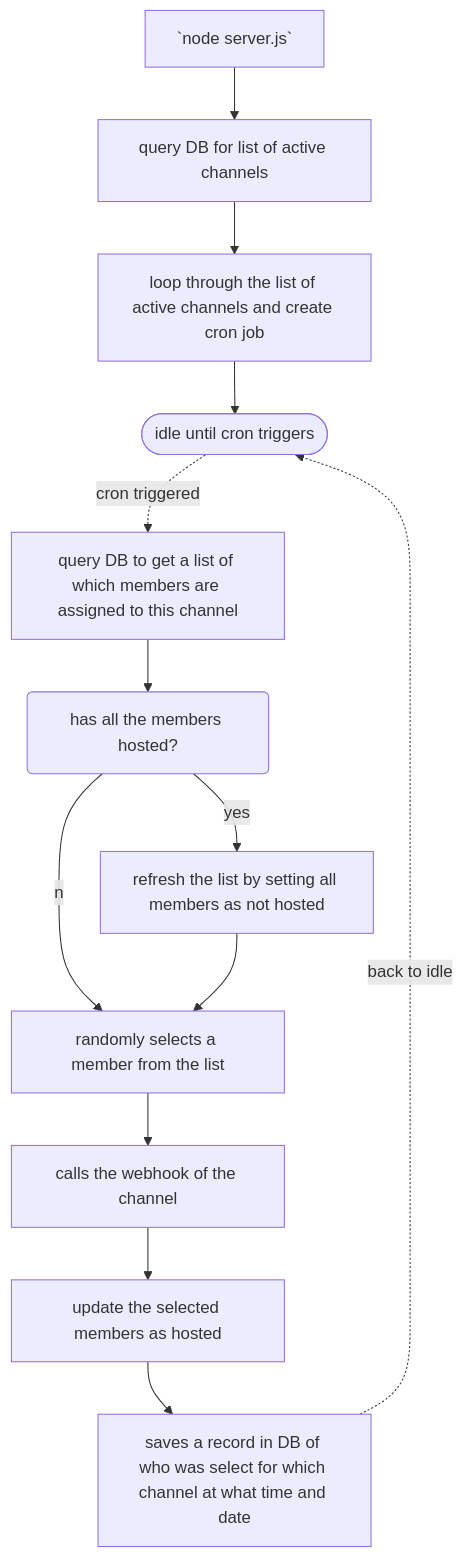
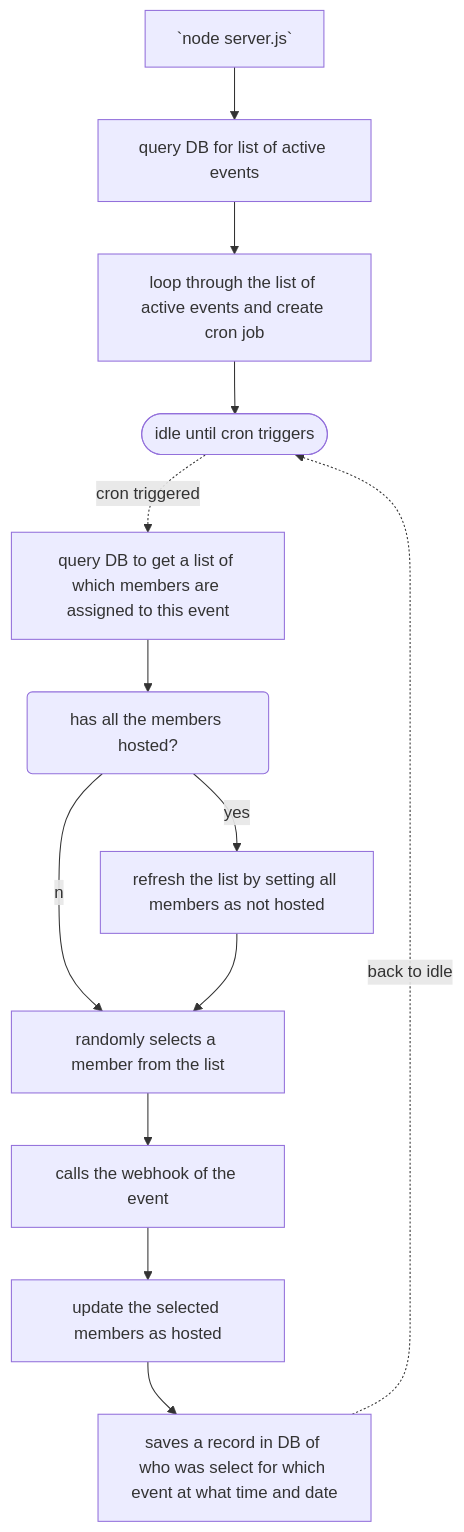
One commit to eddie-lim/whosthehost changed the diagram in README.md. Above: the diagram before and after it, drawn with Mermaid. The commit also changed other lines of this file and 9 other files, not shown here.

Commit message:
rename channel to event

````diff
--- a/README.md
+++ b/README.md
@@ -11,15 +11,15 @@
 ```mermaid
   graph TD;
   A[`node server.js`] --> B;
-  B[query DB for list of active channels] --> C;
-  C[loop through the list of active channels and create cron job] --> D;
+  B[query DB for list of active events] --> C;
+  C[loop through the list of active events and create cron job] --> D;
   D([idle until cron triggers]) -.cron triggered.->E;
-  E[query DB to get a list of which members are assigned to this channel] --> F;
+  E[query DB to get a list of which members are assigned to this event] --> F;
   F(has all the members hosted?) --no--> G;
   F --yes--> H;
   H[refresh the list by setting all members as not hosted] --> G;
   G[randomly selects a member from the list] --> I;
-  I[calls the webhook of the channel] --> J;
+  I[calls the webhook of the event] --> J;
   J[update the selected members as hosted] --> K;
-  K[saves a record in DB of who was select for which channel at what time and date] -.back to idle.-> D;
+  K[saves a record in DB of who was select for which event at what time and date] -.back to idle.-> D;
 ```
````
